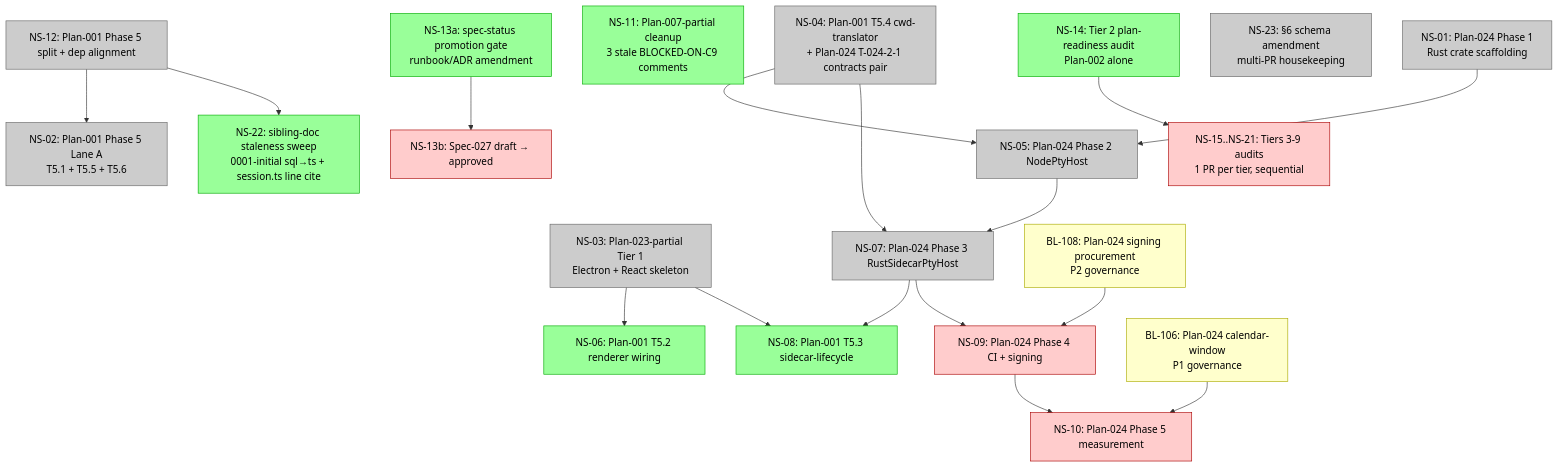
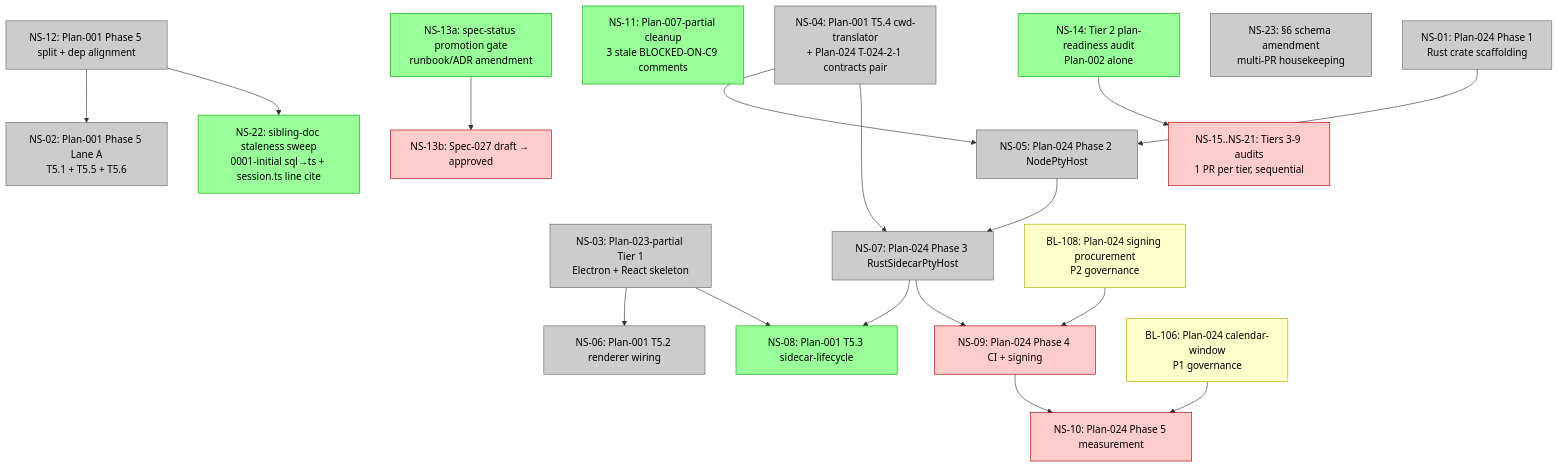
Before and after one commit to Sawmonabo/ai-sidekicks: the diagram in docs/architecture/cross-plan-dependencies.md, drawn with Mermaid. The commit also changed other lines of this file and 1 other file, not shown here.

````diff
--- a/docs/architecture/cross-plan-dependencies.md
+++ b/docs/architecture/cross-plan-dependencies.md
@@ -284,56 +284,56 @@
 ```mermaid
 graph TB
   %% READY (no upstream NS-XX blockers, or all upstream satisfied)
   NS01[NS-01: Plan-024 Phase 1<br/>Rust crate scaffolding]:::completed
   NS02[NS-02: Plan-001 Phase 5 Lane A<br/>T5.1 + T5.5 + T5.6]:::completed
   NS03[NS-03: Plan-023-partial Tier 1<br/>Electron + React skeleton]:::completed
   NS04[NS-04: Plan-001 T5.4 cwd-translator<br/>+ Plan-024 T-024-2-1 contracts pair]:::completed
   NS11[NS-11: Plan-007-partial cleanup<br/>3 stale BLOCKED-ON-C9 comments]:::ready
   NS13a[NS-13a: spec-status promotion gate<br/>runbook/ADR amendment]:::ready
   NS14[NS-14: Tier 2 plan-readiness audit<br/>Plan-002 alone]:::ready
   NS22[NS-22: sibling-doc staleness sweep<br/>0001-initial sql→ts + session.ts line cite]:::ready
-  NS06[NS-06: Plan-001 T5.2 renderer wiring]:::ready
+  NS06[NS-06: Plan-001 T5.2 renderer wiring]:::completed
   NS08[NS-08: Plan-001 T5.3 sidecar-lifecycle]:::ready
   NS23[NS-23: §6 schema amendment<br/>multi-PR housekeeping]:::completed
   NS05[NS-05: Plan-024 Phase 2 NodePtyHost]:::completed
   NS07[NS-07: Plan-024 Phase 3 RustSidecarPtyHost]:::completed
 
   %% BLOCKED
   NS09[NS-09: Plan-024 Phase 4 CI + signing]:::blocked
   NS10[NS-10: Plan-024 Phase 5 measurement]:::blocked
   NS13b[NS-13b: Spec-027 draft → approved]:::blocked
   NS15[NS-15..NS-21: Tiers 3-9 audits<br/>1 PR per tier, sequential]:::blocked
 
   %% COMPLETED
   NS12[NS-12: Plan-001 Phase 5 split + dep alignment]:::completed
 
   %% EXISTING BACKLOG (governance)
   BL106[BL-106: Plan-024 calendar-window<br/>P1 governance]:::governance
   BL108[BL-108: Plan-024 signing procurement<br/>P2 governance]:::governance
 
   %% Code track edges
   NS12 --> NS02
   NS12 --> NS22
   NS01 --> NS05
   NS04 --> NS05
   NS04 --> NS07
   NS05 --> NS07
   NS03 --> NS06
   NS03 --> NS08
   NS07 --> NS08
   NS07 --> NS09
   BL108 --> NS09
   NS09 --> NS10
   BL106 --> NS10
 
   %% Governance chain
   NS13a --> NS13b
 
   %% Audit chain
   NS14 --> NS15
 
   classDef ready fill:#9f9,stroke:#0a0,color:#000
   classDef blocked fill:#fcc,stroke:#a00,color:#000
   classDef completed fill:#ccc,stroke:#666,color:#000
   classDef governance fill:#ffc,stroke:#aa0,color:#000
 ```
````
